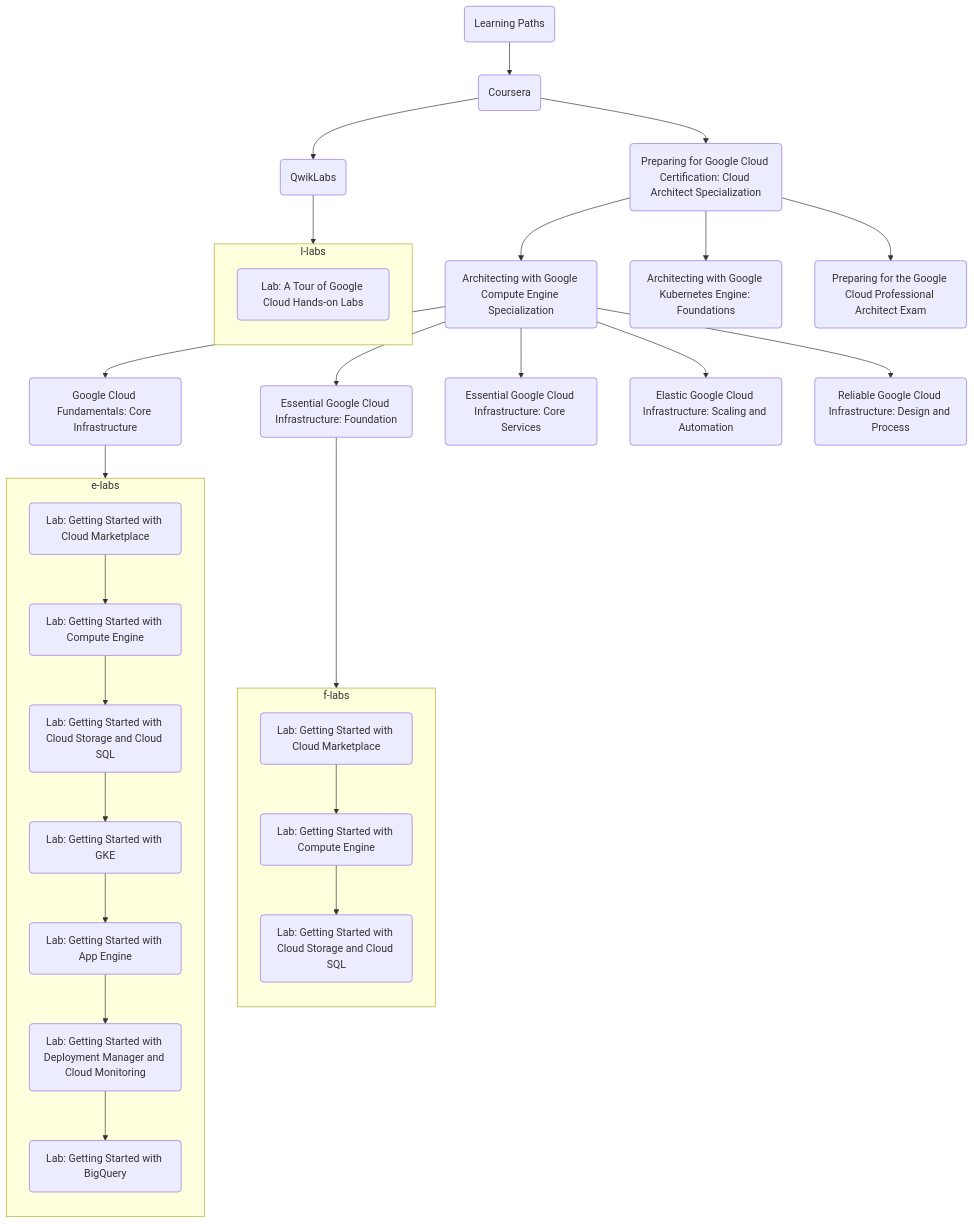
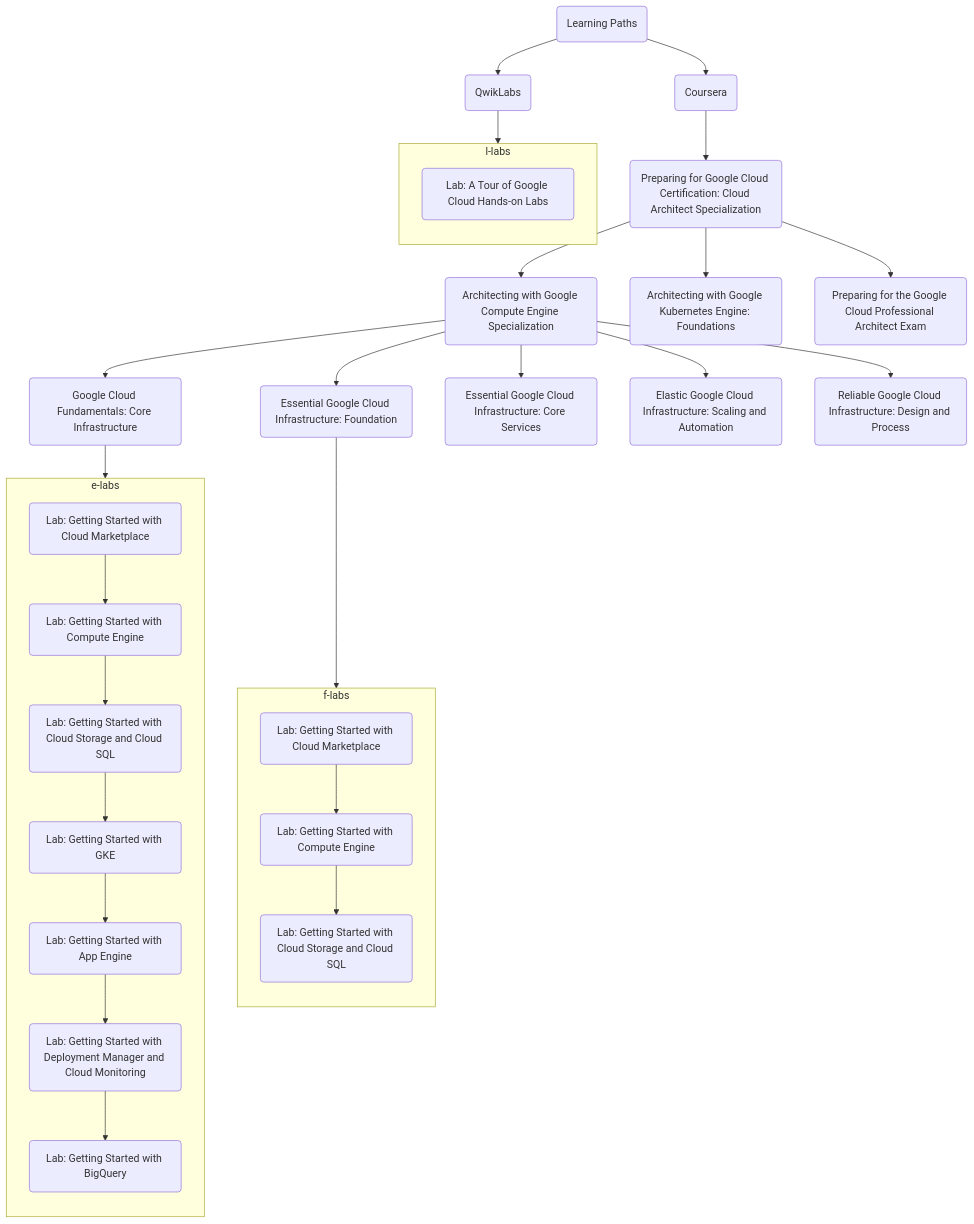
The diagram in examples/labs4.mmd (apnex/mermaid-api), drawn with Mermaid before and after one commit. The commit also changed other lines of this file, not shown here.

```diff
--- a/examples/labs4.mmd
+++ b/examples/labs4.mmd
@@ -1,42 +1,42 @@
 flowchart TB
 	classDef anode fill:#00ff00,stroke:#333,stroke-width:4px,height:50px,width:600px;
 
 	A(Learning Paths) --> B(Coursera)
 	B --> C(Preparing for Google Cloud Certification: Cloud Architect Specialization)
 	C --> D(Architecting with Google Compute Engine Specialization)
 	D --> E(Google Cloud Fundamentals: Core Infrastructure)
 	D --> F(Essential Google Cloud Infrastructure: Foundation)
 	D --> G(Essential Google Cloud Infrastructure: Core Services)
 	D --> H(Elastic Google Cloud Infrastructure: Scaling and Automation)
 	D --> I(Reliable Google Cloud Infrastructure: Design and Process)
 	C --> J(Architecting with Google Kubernetes Engine: Foundations)
 	C --> K(Preparing for the Google Cloud Professional Architect Exam)
-	B --> L(QwikLabs)
-
-	subgraph l-labs
-	        direction TB
-		L1(Lab: A Tour of Google Cloud Hands-on Labs)
-	end
-	L --> l-labs
 
 	subgraph f-labs
 	        direction TB
 		F1(Lab: Getting Started with Cloud Marketplace)
 		F2(Lab: Getting Started with Compute Engine)
 		F3(Lab: Getting Started with Cloud Storage and Cloud SQL)
 	        F1 --> F2 --> F3
 	end
 	F --> f-labs
 
 	subgraph e-labs
 	        direction TB
 		E1(Lab: Getting Started with Cloud Marketplace)
 		E2(Lab: Getting Started with Compute Engine)
 		E3(Lab: Getting Started with Cloud Storage and Cloud SQL)
 		E4(Lab: Getting Started with GKE)
 		E5(Lab: Getting Started with App Engine)
 		E6(Lab: Getting Started with Deployment Manager and Cloud Monitoring)
 		E7(Lab: Getting Started with BigQuery)
 	        E1 --> E2 --> E3 --> E4 --> E5 --> E6 --> E7
 	end
 	E --> e-labs
+
+	subgraph l-labs
+	        direction TB
+		L1(Lab: A Tour of Google Cloud Hands-on Labs)
+	end
+	A --> L(QwikLabs)
+	L --> l-labs
```
